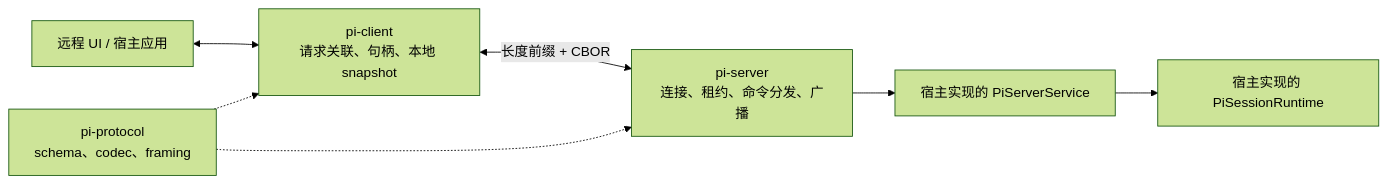
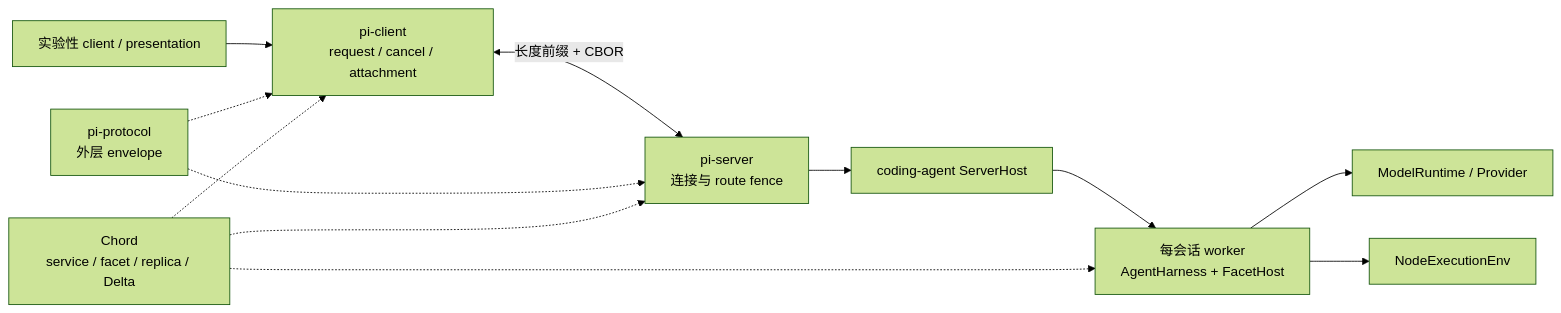
Before and after one commit to tcy1999/pi: the diagram in architecture-analysis/07-remote-protocol-and-engineering.md, drawn with Mermaid (forest theme). The commit also changed other lines of this file and 24 other files, not shown here.

````diff
--- a/architecture-analysis/07-remote-protocol-and-engineering.md
+++ b/architecture-analysis/07-remote-protocol-and-engineering.md
@@ -23,9 +19,15 @@
-```mermaid
+~~~mermaid
 flowchart LR
-  UI["远程 UI / 宿主应用"] <--> CLIENT["pi-client\n请求关联、句柄、本地 snapshot"]
-  CLIENT <-->|"长度前缀 + CBOR"| SERVER["pi-server\n连接、租约、命令分发、广播"]
-  SERVER --> SERVICE["宿主实现的 PiServerService"]
-  SERVICE --> RUNTIME["宿主实现的 PiSessionRuntime"]
-  PROTOCOL["pi-protocol\nschema、codec、framing"] -.-> CLIENT
+  UI["实验性 client / presentation"] --> CLIENT["pi-client\nrequest / cancel / attachment"]
+  CLIENT <-->|"长度前缀 + CBOR"| SERVER["pi-server\n连接与 route fence"]
+  SERVER --> HOST["coding-agent ServerHost"]
+  HOST --> WORKER["每会话 worker\nAgentHarness + FacetHost"]
+  WORKER --> MODEL["ModelRuntime / Provider"]
+  WORKER --> ENV["NodeExecutionEnv"]
+
+  PROTOCOL["pi-protocol\n外层 envelope"] -.-> CLIENT
   PROTOCOL -.-> SERVER
-```
+  CHORD["Chord\nservice / facet / replica / Delta"] -.-> CLIENT
+  CHORD -.-> SERVER
+  CHORD -.-> WORKER
+~~~
````
